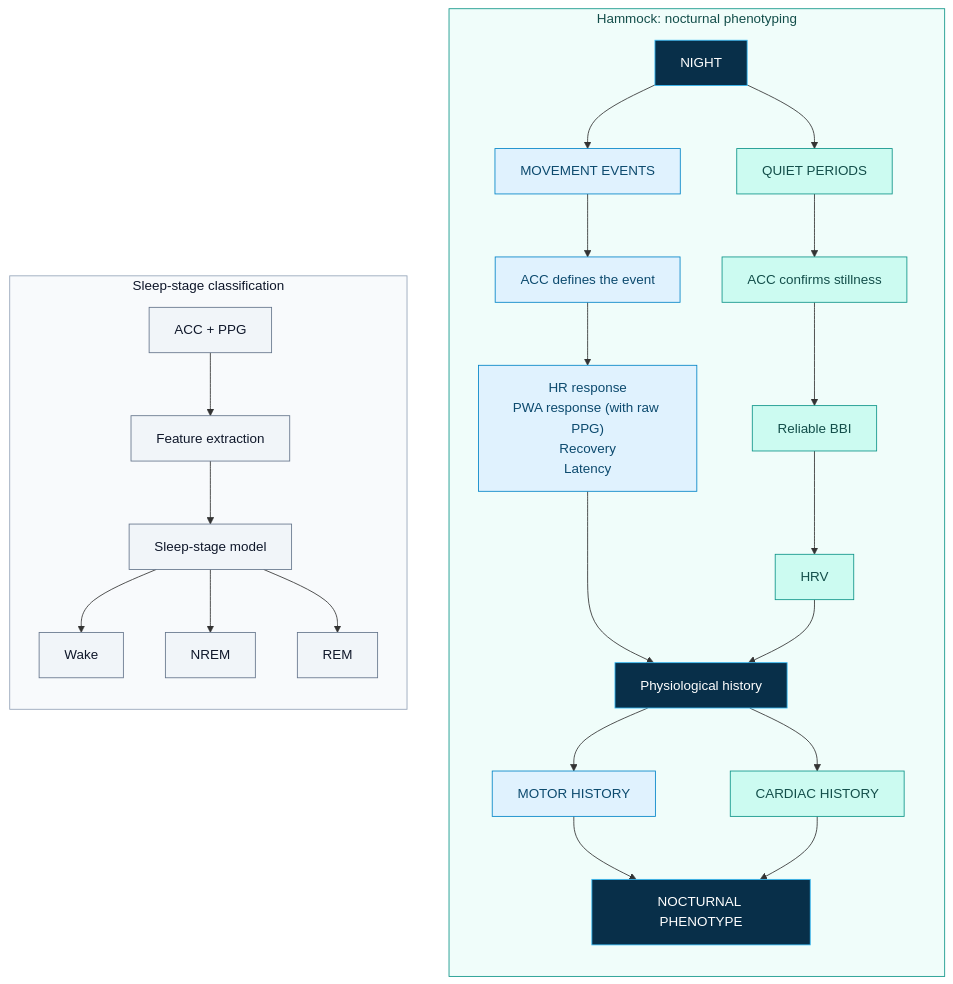
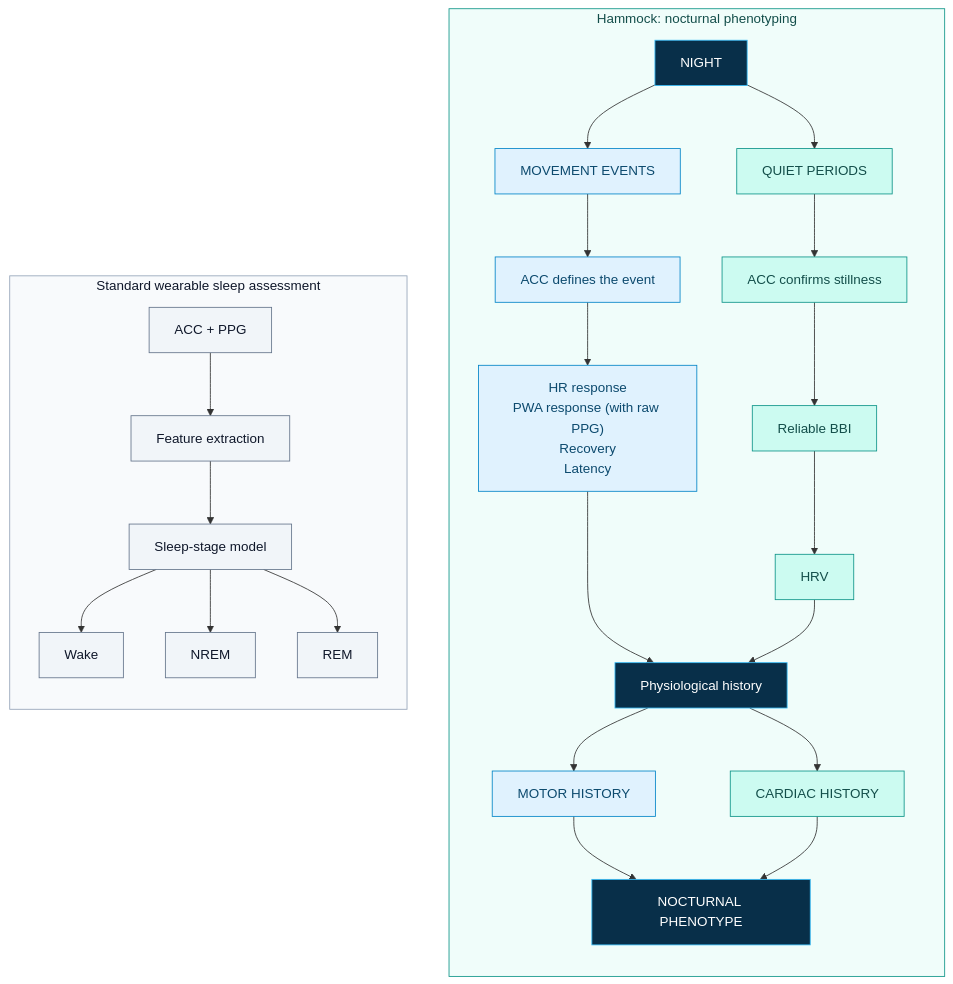
Before and after one commit to marcellosicbaldi/OvernightAccelBbi: the first of 2 diagrams in README.md, drawn with Mermaid. The commit also changed other lines of this file, not shown here.

First line of the commit message:
Revise README and add Mermaid flowcharts

````diff
--- a/README.md
+++ b/README.md
@@ -21,41 +21,41 @@
 ```mermaid
 flowchart LR
-    subgraph staging["Sleep-stage classification"]
+    subgraph staging["Standard wearable sleep assessment"]
         direction TB
         signals["ACC + PPG"] --> features["Feature extraction"]
         features --> model["Sleep-stage model"]
         model --> wake["Wake"]
         model --> nrem["NREM"]
         model --> rem["REM"]
     end
 
     subgraph hammock["Hammock: nocturnal phenotyping"]
         direction TB
         night["NIGHT"] --> movement["MOVEMENT EVENTS"]
         night --> quiet["QUIET PERIODS"]
         movement --> event["ACC defines the event"]
         quiet --> stillness["ACC confirms stillness"]
         event --> response["HR response<br/>PWA response (with raw PPG)<br/>Recovery<br/>Latency"]
         stillness --> bbi["Reliable BBI"]
         bbi --> hrv["HRV"]
         response ---> history["Physiological history"]
         hrv --> history
         history --> motor["MOTOR HISTORY"]
         history --> cardiac["CARDIAC HISTORY"]
         motor --> phenotype["NOCTURNAL PHENOTYPE"]
         cardiac --> phenotype
     end
 
     staging ~~~ hammock
 
     classDef stage fill:#f1f5f9,stroke:#64748b,color:#0f172a
     classDef movementBranch fill:#e0f2fe,stroke:#0284c7,color:#0c4a6e
     classDef quietBranch fill:#ccfbf1,stroke:#0d9488,color:#134e4a
     classDef shared fill:#082f49,stroke:#38bdf8,color:#ffffff
     class signals,features,model,wake,nrem,rem stage
     class movement,event,response,motor movementBranch
     class quiet,stillness,bbi,hrv,cardiac quietBranch
     class night,history,phenotype shared
     style staging fill:#f8fafc,stroke:#94a3b8,color:#0f172a
     style hammock fill:#f0fdfa,stroke:#0d9488,color:#134e4a
 ```
````
